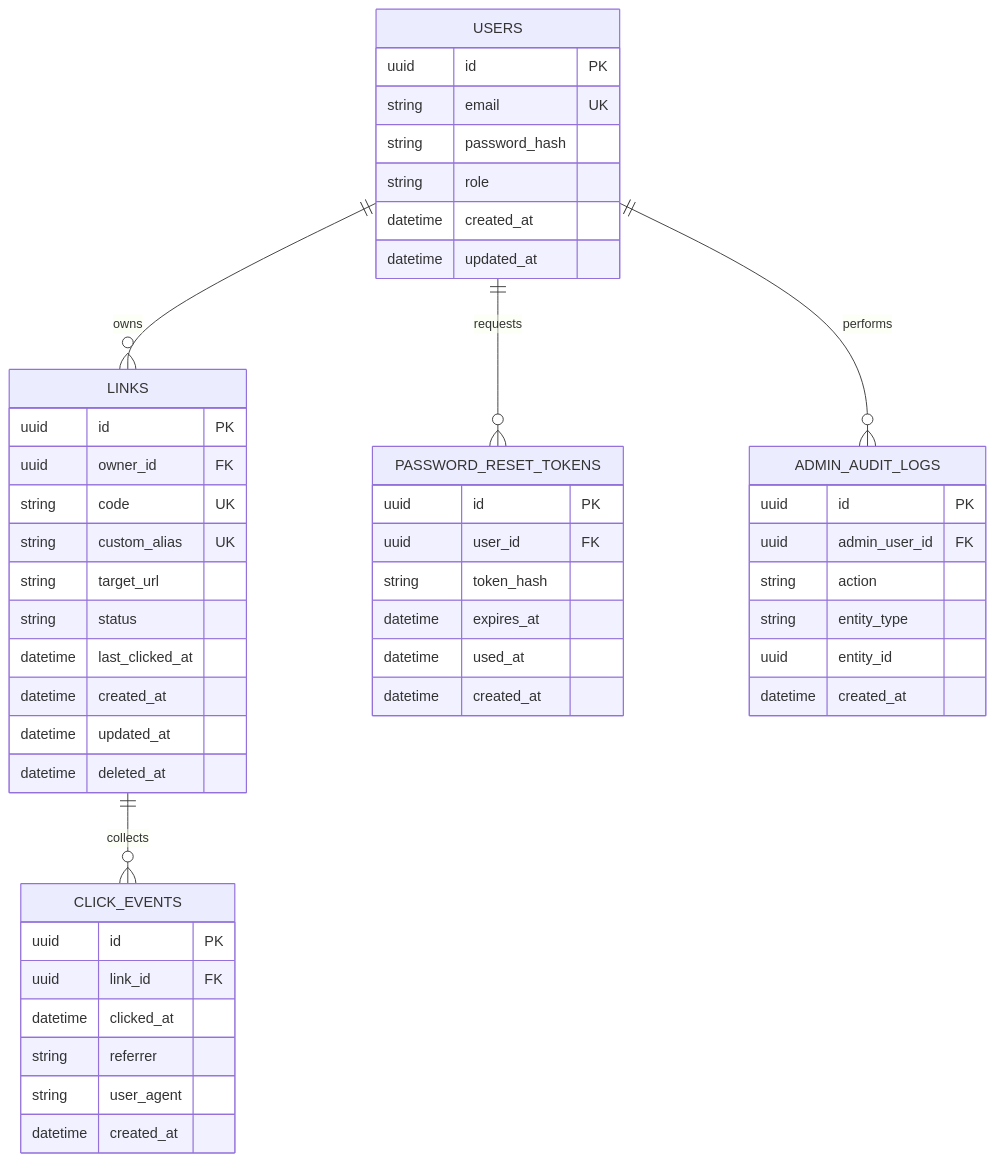
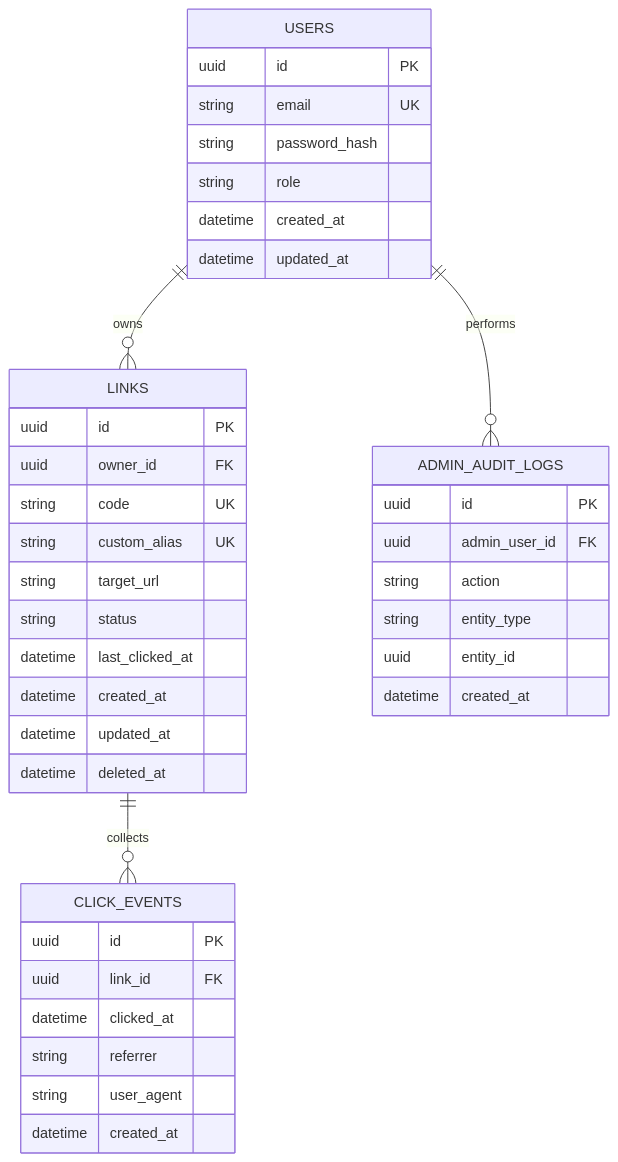
Before and after one commit to k3llone/TrackLink: the second of 2 diagrams in docs/er-diagram.md, drawn with Mermaid. The commit also changed 7 other files, not shown here.

````diff
--- a/docs/er-diagram.md
+++ b/docs/er-diagram.md
@@ -166,58 +166,48 @@
 ```mermaid
 
 erDiagram
     USERS {
         uuid id PK
         string email UK
         string password_hash
         string role
         datetime created_at
         datetime updated_at
     }
 
     LINKS {
         uuid id PK
         uuid owner_id FK
         string code UK
         string custom_alias UK
         string target_url
         string status
         datetime last_clicked_at
         datetime created_at
         datetime updated_at
         datetime deleted_at
     }
 
     CLICK_EVENTS {
         uuid id PK
         uuid link_id FK
         datetime clicked_at
         string referrer
         string user_agent
         datetime created_at
     }
 
-    PASSWORD_RESET_TOKENS {
-        uuid id PK
-        uuid user_id FK
-        string token_hash
-        datetime expires_at
-        datetime used_at
-        datetime created_at
-    }
-
     ADMIN_AUDIT_LOGS {
         uuid id PK
         uuid admin_user_id FK
         string action
         string entity_type
         uuid entity_id
         datetime created_at
     }
 
     USERS ||--o{ LINKS : owns
     LINKS ||--o{ CLICK_EVENTS : collects
-    USERS ||--o{ PASSWORD_RESET_TOKENS : requests
     USERS ||--o{ ADMIN_AUDIT_LOGS : performs
 
 ```
````
